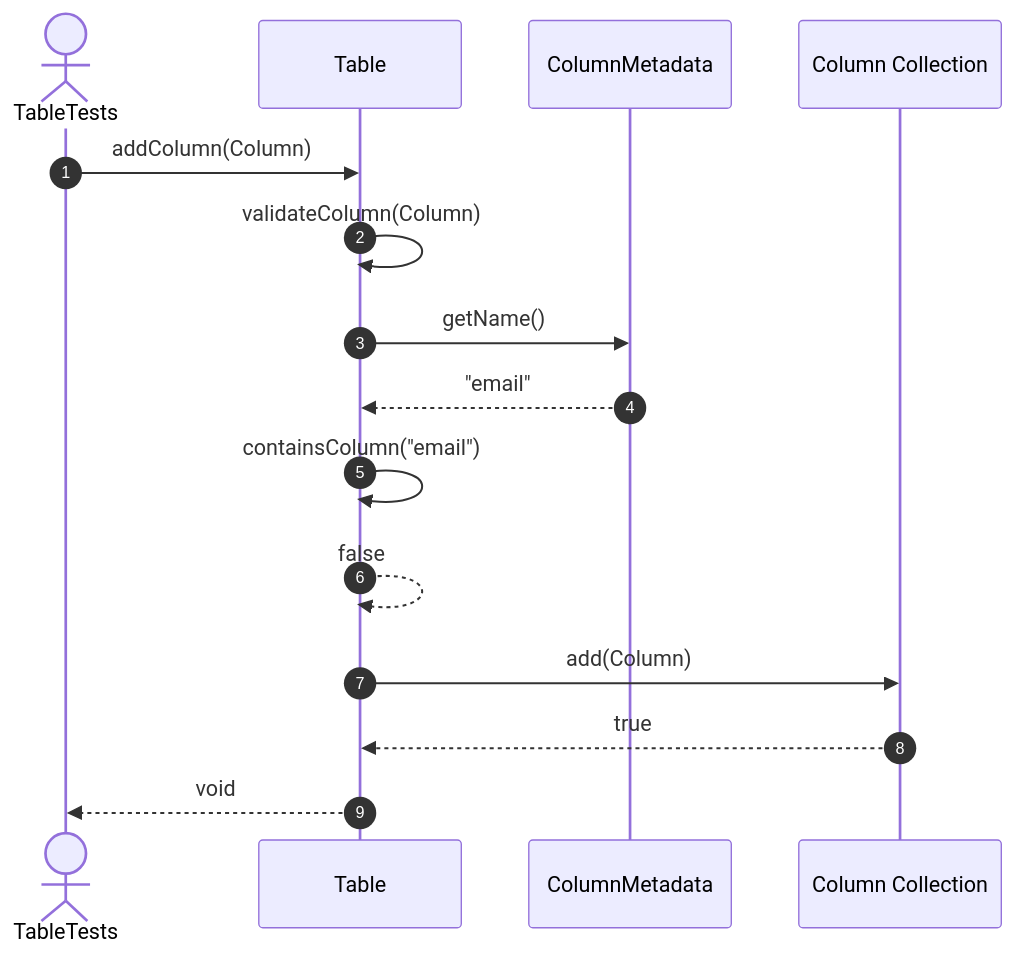
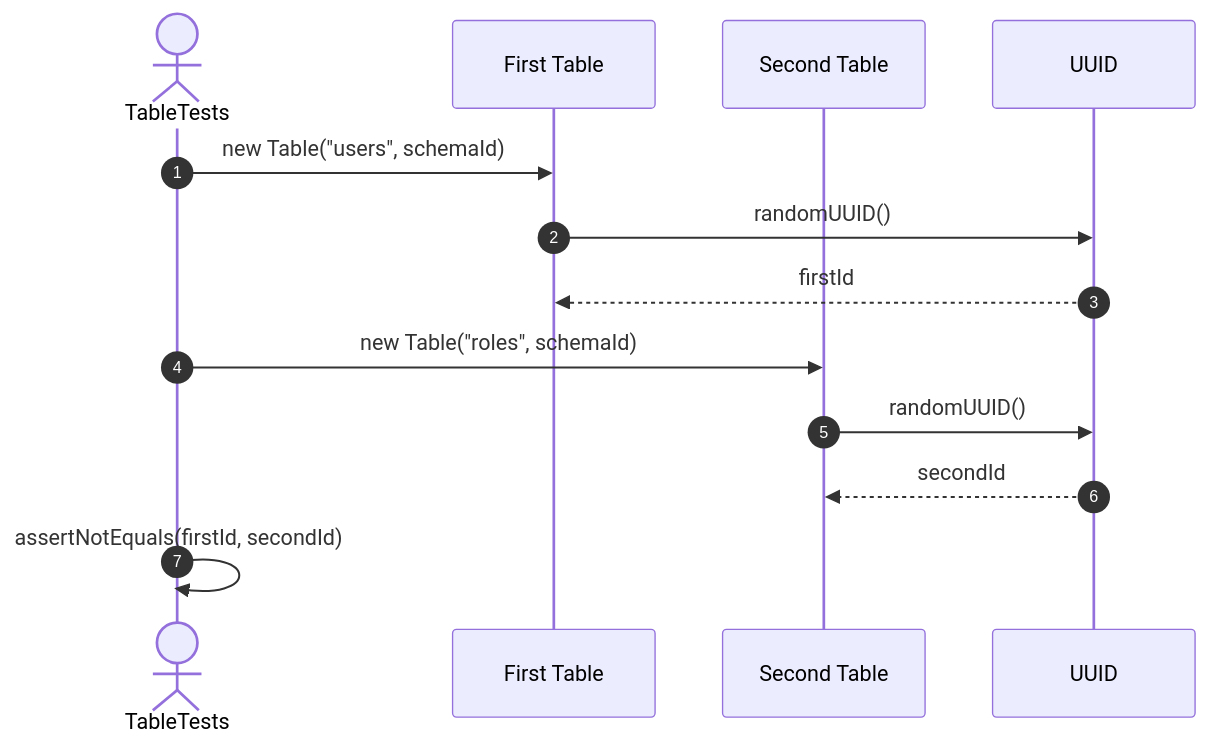
One commit to FhuAnn/-bbv-AN-s-DBMS changed the third of 53 diagrams in src/tests/unit/metadata/sequences/tables-testing.se.md. Above: the diagram before and after it, drawn with Mermaid. The commit also changed other lines of this file and 7 other files, not shown here.

Commit message:
table and row run test successfully

````diff
--- a/src/tests/unit/metadata/sequences/tables-testing.se.md
+++ b/src/tests/unit/metadata/sequences/tables-testing.se.md
@@ -48,18 +46,16 @@
 ```mermaid
 sequenceDiagram
     autonumber
     actor Test as TableTests
-    participant Table as Table
-    participant Column as ColumnMetadata
-    participant Columns as Column Collection
+    participant Table1 as First Table
+    participant Table2 as Second Table
+    participant UUID as UUID
 
-    Test->>Table: addColumn(Column)
-    Table->>Table: validateColumn(Column)
-    Table->>Column: getName()
-    Column-->>Table: "email"
-    Table->>Table: containsColumn("email")
-    Table-->>Table: false
-    Table->>Columns: add(Column)
-    Columns-->>Table: true
-    Table-->>Test: void
+    Test->>Table1: new Table("users", schemaId)
+    Table1->>UUID: randomUUID()
+    UUID-->>Table1: firstId
+    Test->>Table2: new Table("roles", schemaId)
+    Table2->>UUID: randomUUID()
+    UUID-->>Table2: secondId
+    Test->>Test: assertNotEquals(firstId, secondId)
 ```
````
